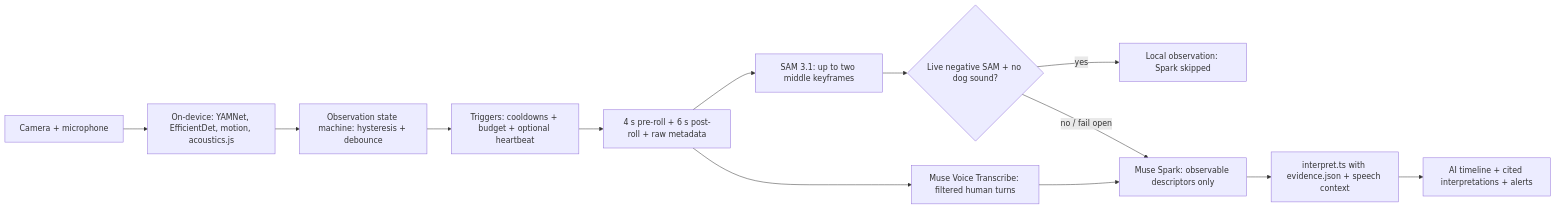
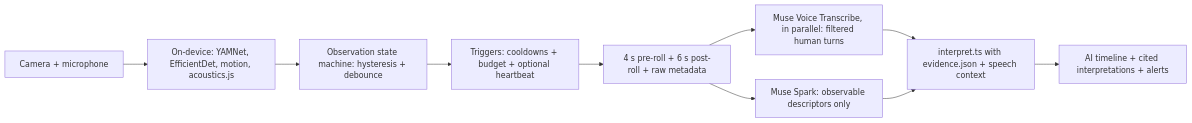
Before and after one commit to yamidnozu/perrito-talk: the second of 2 diagrams in README.md, drawn with Mermaid. The commit also changed other lines of this file and 8 other files, not shown here.

Commit message:
Live: detect dogs reliably and faster (animal classes @0.25, CPU default, model status UI, prewarm; no SAM on live, ASR parallel to Spark)

````diff
--- a/README.md
+++ b/README.md
@@ -240,15 +239,12 @@
 ```mermaid
 flowchart LR
   A[Camera + microphone] --> B[On-device: YAMNet, EfficientDet, motion, acoustics.js]
   B --> C[Observation state machine: hysteresis + debounce]
   C --> D[Triggers: cooldowns + budget + optional heartbeat]
   D --> E[4 s pre-roll + 6 s post-roll + raw metadata]
-  E --> S[SAM 3.1: up to two middle keyframes]
-  E --> V[Muse Voice Transcribe: filtered human turns]
-  S --> Q{Live negative SAM + no dog sound?}
-  Q -->|yes| K[Local observation: Spark skipped]
-  Q -->|no / fail open| F[Muse Spark: observable descriptors only]
-  V --> F
+  E --> F[Muse Spark: observable descriptors only]
+  E --> V[Muse Voice Transcribe, in parallel: filtered human turns]
+  V --> G
   F --> G[interpret.ts with evidence.json + speech context]
   G --> H[AI timeline + cited interpretations + alerts]
 ```
````
